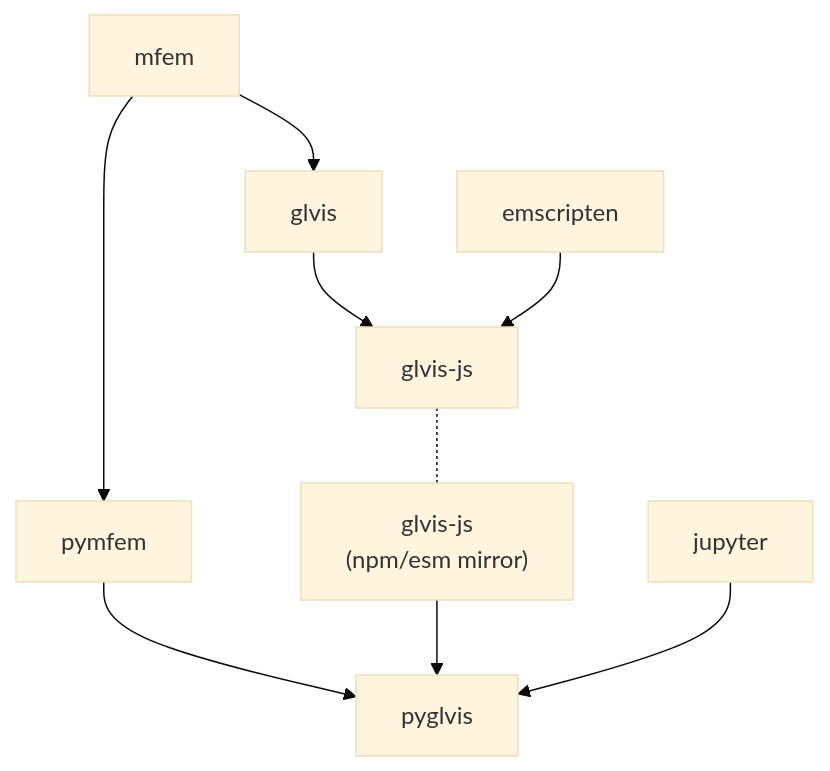
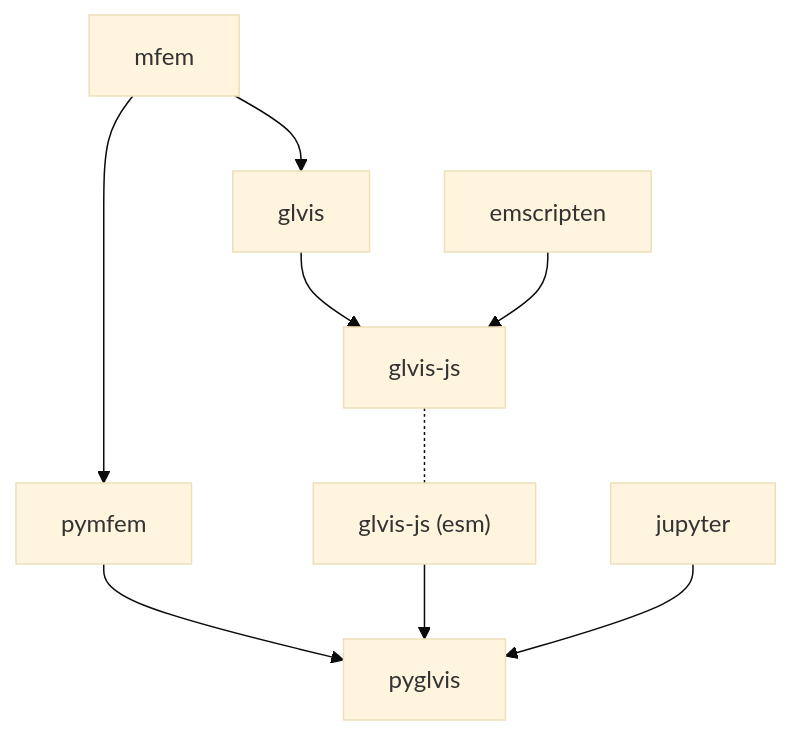
Before and after one commit to GLVis/pyglvis: the diagram in README.md, drawn with Mermaid (base theme). The commit also changed other lines of this file, not shown here.

````diff
--- a/README.md
+++ b/README.md
@@ -113,10 +113,10 @@
 ```mermaid
 graph TD;
     A[mfem] --> B[pymfem];
     A --> C[glvis];
     C --> D[glvis-js];
     Ext1[emscripten] --> D;
-    D-.-E["glvis-js\n(npm/esm mirror)"]
+    D-.-E["glvis-js (esm)"]
     B & E --> G[pyglvis];
     Ext2[jupyter] --> G;
 ```
````
